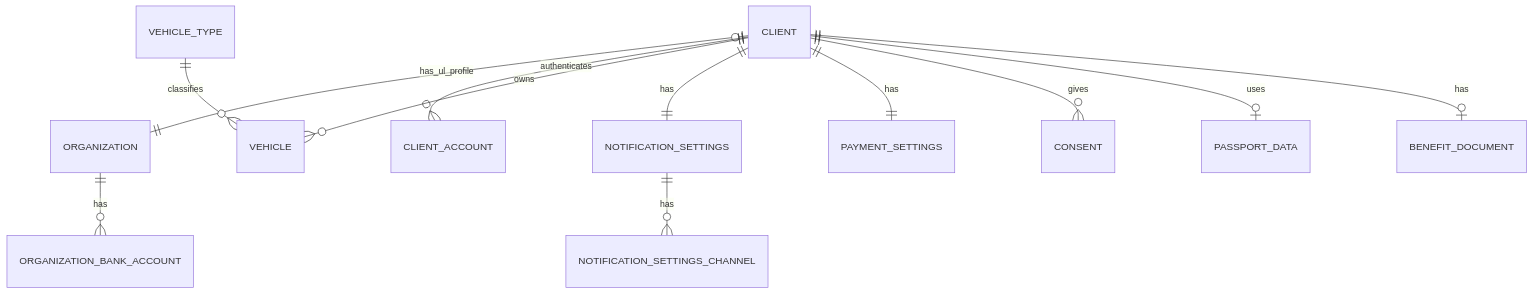
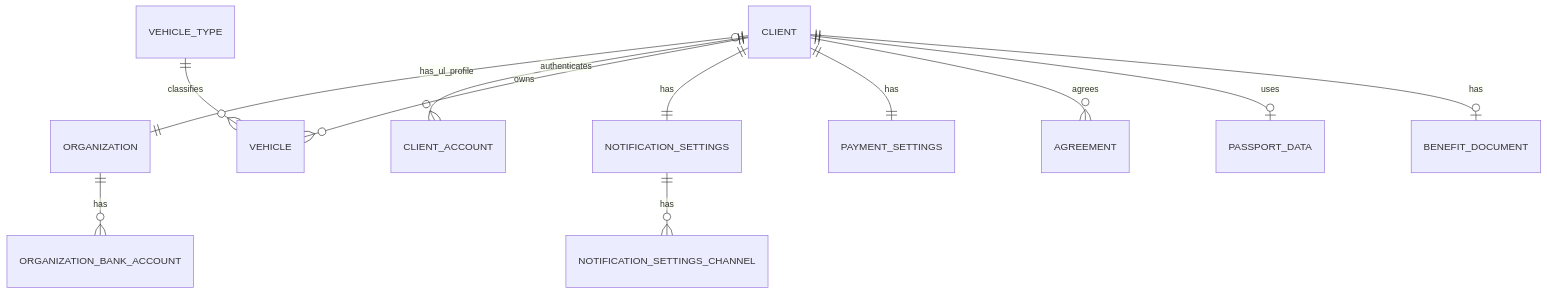
Before and after one commit to CeJIDb/sab-win-26-parking: the diagram in docs/artifacts/erd/erd-relationships-client-client-profile.md, drawn with Mermaid. The commit also changed other lines of this file and 7 other files, not shown here.

First line of the commit message:
docs(erd): явные created_at и updated_at во всех таблицах ERD

````diff
--- a/docs/artifacts/erd/erd-relationships-client-client-profile.md
+++ b/docs/artifacts/erd/erd-relationships-client-client-profile.md
@@ -330,14 +362,14 @@
 ```mermaid
 erDiagram
     CLIENT |o--|| ORGANIZATION : has_ul_profile
     CLIENT ||--o{ CLIENT_ACCOUNT : authenticates
     CLIENT ||--o{ VEHICLE : owns
     VEHICLE_TYPE ||--o{ VEHICLE : classifies
     CLIENT ||--|| NOTIFICATION_SETTINGS : has
     NOTIFICATION_SETTINGS ||--o{ NOTIFICATION_SETTINGS_CHANNEL : has
     CLIENT ||--|| PAYMENT_SETTINGS : has
-    CLIENT ||--o{ CONSENT : gives
+    CLIENT ||--o{ AGREEMENT : agrees
     CLIENT ||--o| PASSPORT_DATA : uses
     CLIENT ||--o| BENEFIT_DOCUMENT : has
     ORGANIZATION ||--o{ ORGANIZATION_BANK_ACCOUNT : has
 ```
````
